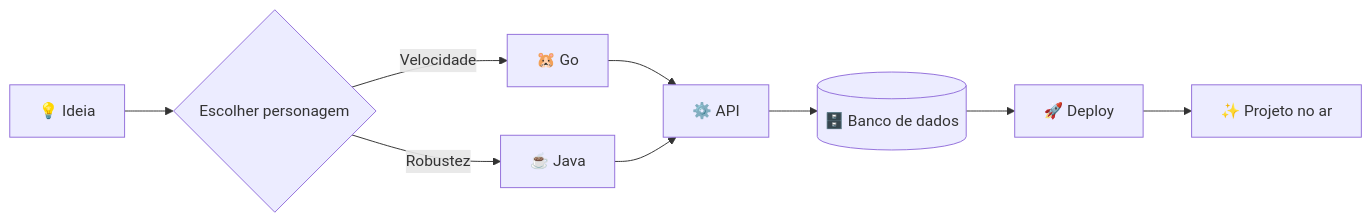
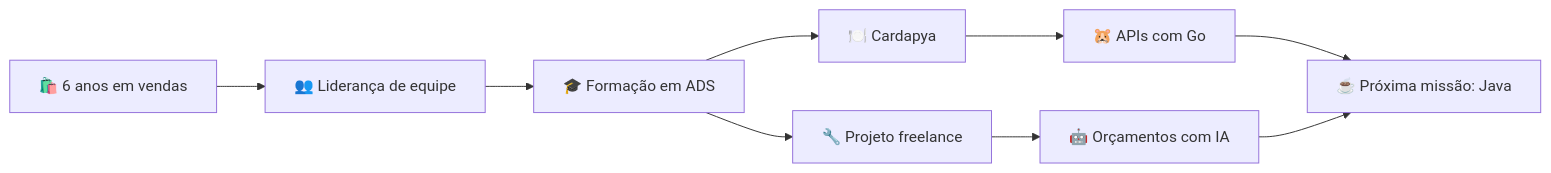
One commit to gattidev01/gattidev01 changed the diagram in README.md. Above: the diagram before and after it, drawn with Mermaid. The commit also changed other lines of this file, not shown here.

````diff
--- a/README.md
+++ b/README.md
@@ -106,11 +102,11 @@
 ```mermaid
 flowchart LR
-    A[💡 Ideia] --> B{Escolher personagem}
-    B -->|Velocidade| C[🐹 Go]
-    B -->|Robustez| D[☕ Java]
-    C --> E[⚙️ API]
-    D --> E
-    E --> F[(🗄️ Banco de dados)]
-    F --> G[🚀 Deploy]
-    G --> H[✨ Projeto no ar]
+    A[🛍️ 6 anos em vendas] --> B[👥 Liderança de equipe]
+    B --> C[🎓 Formação em ADS]
+    C --> D[🍽️ Cardapya]
+    C --> E[🔧 Projeto freelance]
+    D --> F[🐹 APIs com Go]
+    E --> G[🤖 Orçamentos com IA]
+    F --> H[☕ Próxima missão: Java]
+    G --> H
 ```
````
